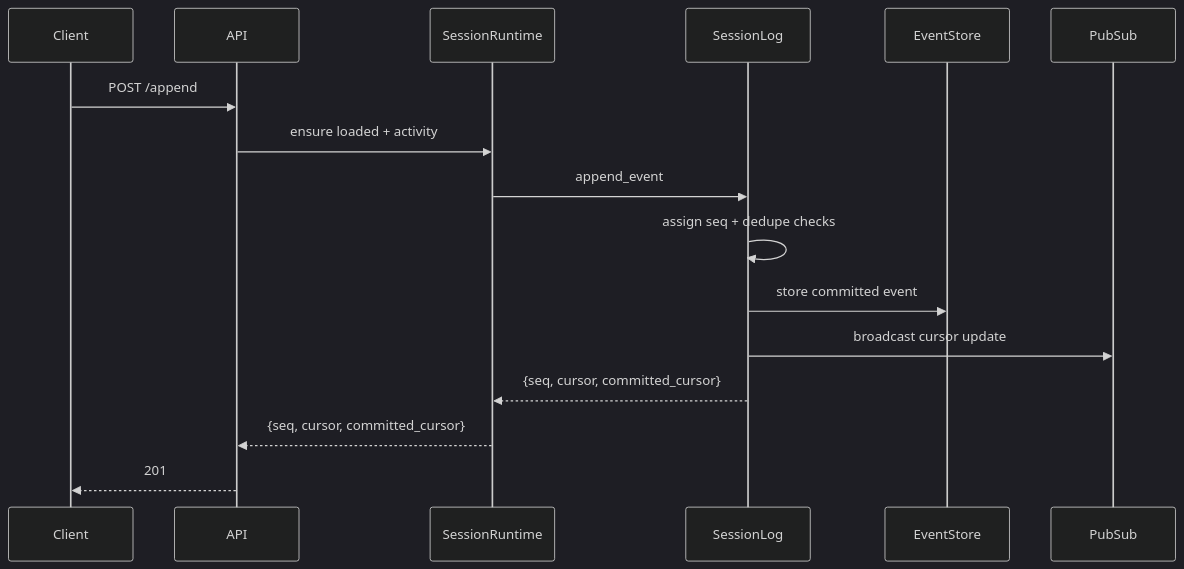
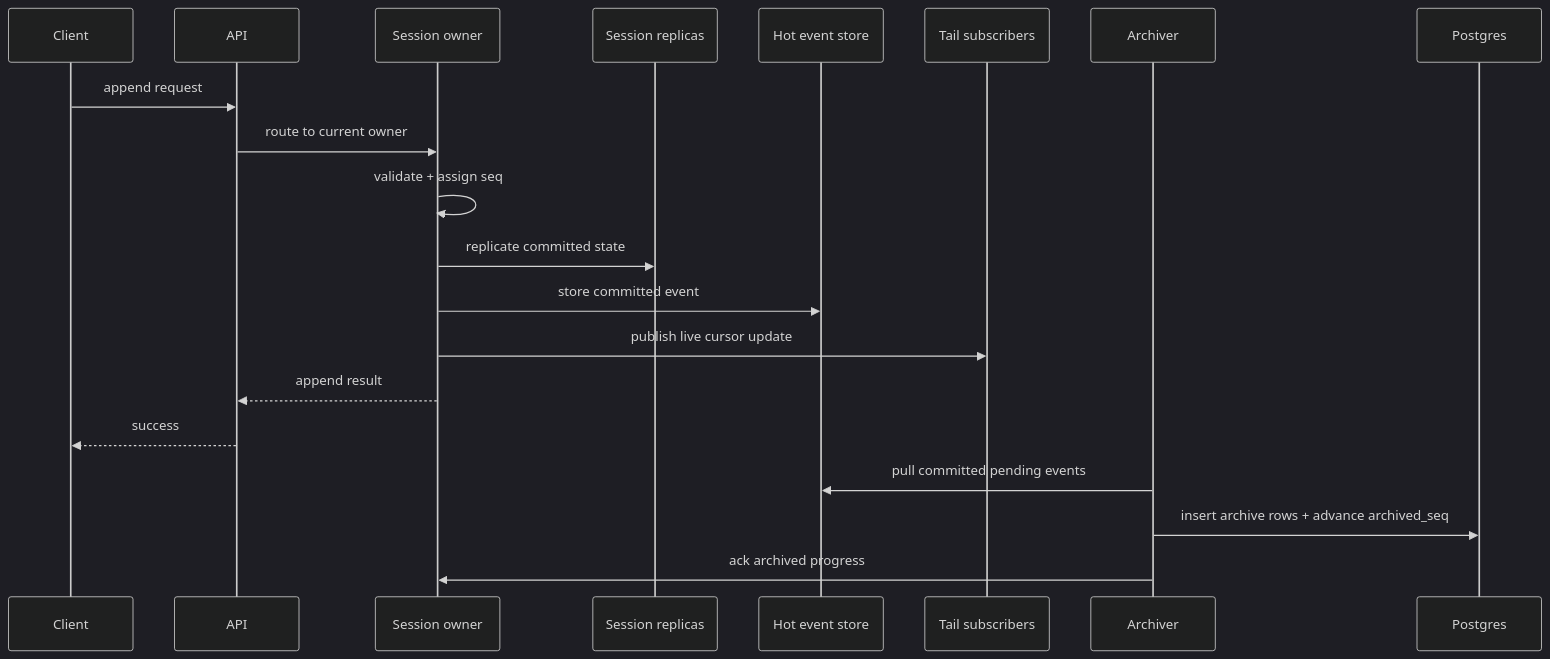
The second of 2 diagrams in docs/architecture.md (fastpaca/starcite), drawn with Mermaid (dark theme) before and after one commit. The commit also changed other lines of this file and 24 other files, not shown here.

````diff
--- a/docs/architecture.md
+++ b/docs/architecture.md
@@ -57,19 +181,23 @@
 ```mermaid
 sequenceDiagram
     participant C as Client
     participant A as API
-    participant R as SessionRuntime
-    participant O as SessionLog
-    participant E as EventStore
-    participant P as PubSub
+    participant O as Session owner
+    participant R as Session replicas
+    participant H as Hot event store
+    participant T as Tail subscribers
+    participant AR as Archiver
+    participant PG as Postgres
 
-    C->>A: POST /append
-    A->>R: ensure loaded + activity
-    R->>O: append_event
-    O->>O: assign seq + dedupe checks
-    O->>E: store committed event
-    O->>P: broadcast cursor update
-    O-->>R: {seq, cursor, committed_cursor}
-    R-->>A: {seq, cursor, committed_cursor}
-    A-->>C: 201
+    C->>A: append request
+    A->>O: route to current owner
+    O->>O: validate + assign seq
+    O->>R: replicate committed state
+    O->>H: store committed event
+    O->>T: publish live cursor update
+    O-->>A: append result
+    A-->>C: success
+    AR->>H: pull committed pending events
+    AR->>PG: insert archive rows + advance archived_seq
+    AR->>O: ack archived progress
 ```
````
